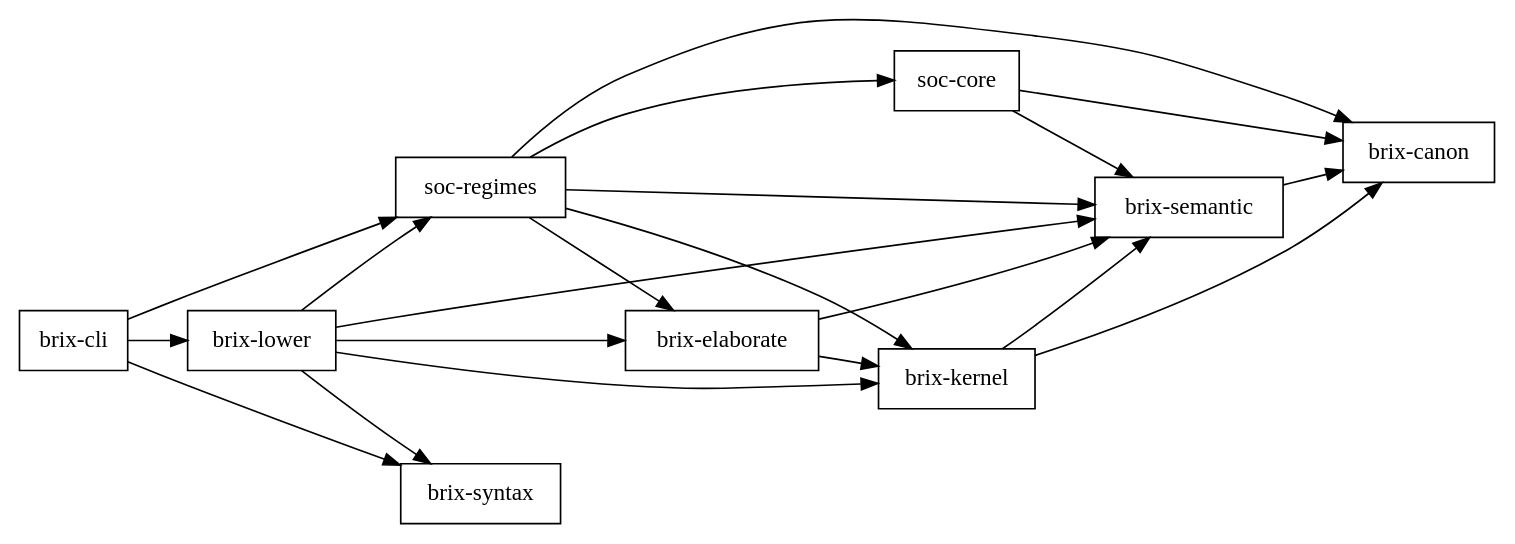
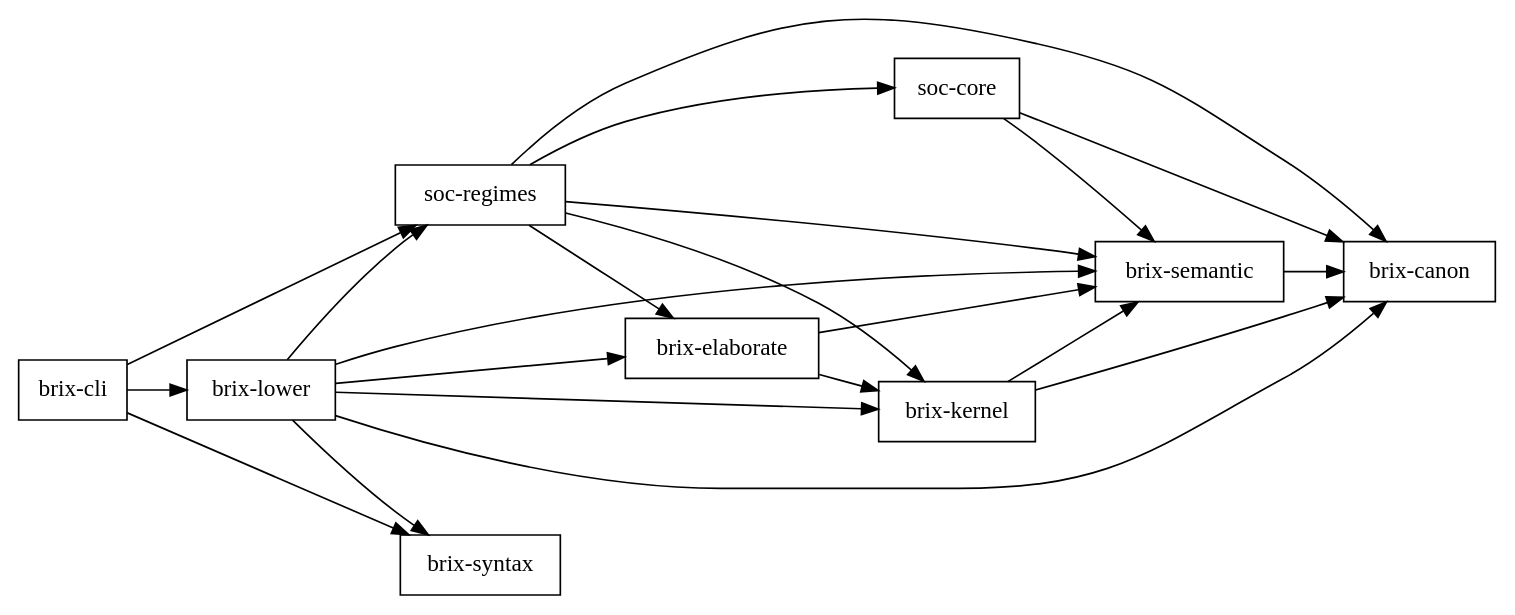
Before and after one commit to tbreijm/brixms: the diagram in docs/audit/issue-63/workspace-dependencies.dot, drawn with Graphviz. The commit also changed 8 other files, not shown here.

```diff
--- a/docs/audit/issue-63/workspace-dependencies.dot
+++ b/docs/audit/issue-63/workspace-dependencies.dot
@@ -1,33 +1,34 @@
 digraph brixms_workspace {
   rankdir=LR;
   node [shape=box];
   "brix-canon";
   "brix-cli";
   "brix-elaborate";
   "brix-kernel";
   "brix-lower";
   "brix-semantic";
   "brix-syntax";
   "soc-core";
   "soc-regimes";
   "brix-cli" -> "brix-lower";
   "brix-cli" -> "brix-syntax";
   "brix-cli" -> "soc-regimes";
   "brix-elaborate" -> "brix-kernel";
   "brix-elaborate" -> "brix-semantic";
   "brix-kernel" -> "brix-canon";
   "brix-kernel" -> "brix-semantic";
+  "brix-lower" -> "brix-canon";
   "brix-lower" -> "brix-elaborate";
   "brix-lower" -> "brix-kernel";
   "brix-lower" -> "brix-semantic";
   "brix-lower" -> "brix-syntax";
   "brix-lower" -> "soc-regimes";
   "brix-semantic" -> "brix-canon";
   "soc-core" -> "brix-canon";
   "soc-core" -> "brix-semantic";
   "soc-regimes" -> "brix-canon";
   "soc-regimes" -> "brix-elaborate";
   "soc-regimes" -> "brix-kernel";
   "soc-regimes" -> "brix-semantic";
   "soc-regimes" -> "soc-core";
 }
```
